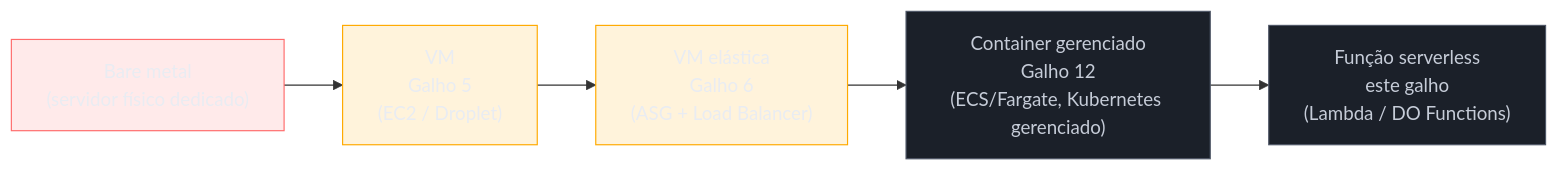
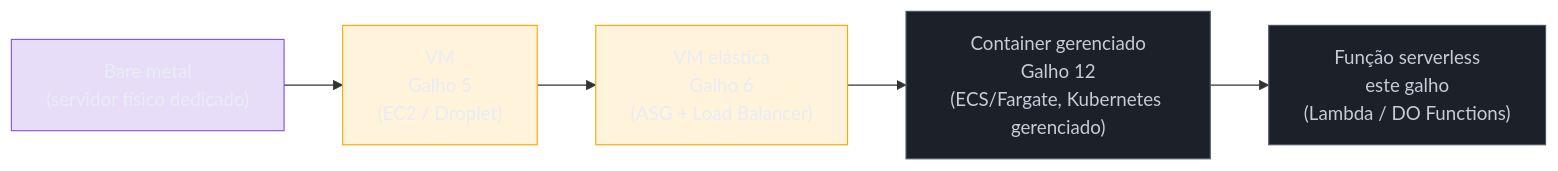
The first of 2 diagrams in 03-Dominios/Tecnologia/Cloud/11 - Serverless e FaaS — Lambda a fundo/01 - O que é serverless, de verdade.md (josenaldo/codex-technomanticus), drawn with Mermaid before and after one commit. The commit also changed 601 other files, not shown here.

````diff
--- a/03-Dominios/Tecnologia/Cloud/11 - Serverless e FaaS — Lambda a fundo/01 - O que é serverless, de verdade.md
+++ b/03-Dominios/Tecnologia/Cloud/11 - Serverless e FaaS — Lambda a fundo/01 - O que é serverless, de verdade.md
@@ -64,16 +64,16 @@
 ```mermaid
 flowchart LR
-    classDef falha fill:#FF6B6B24,stroke:#FF6B6B,color:#E9ECF2
+    classDef marca fill:#8855DF33,stroke:#8855DF,color:#E9ECF2
     classDef destaque fill:#FFAA0024,stroke:#FFAA00,color:#E9ECF2
     classDef neutro fill:#1B2029,stroke:#4E5666,color:#C6CCD8
     BM["Bare metal<br/>(servidor físico dedicado)"] --> VM["VM<br/>Galho 5<br/>(EC2 / Droplet)"]
     VM --> EL["VM elástica<br/>Galho 6<br/>(ASG + Load Balancer)"]
     EL --> CT["Container gerenciado<br/>Galho 12<br/>(ECS/Fargate, Kubernetes gerenciado)"]
     CT --> FN["Função serverless<br/>este galho<br/>(Lambda / DO Functions)"]
 
-    class BM falha
+    class BM marca
     class VM destaque
     class EL destaque
     class CT neutro
     class FN neutro
 ```
````
